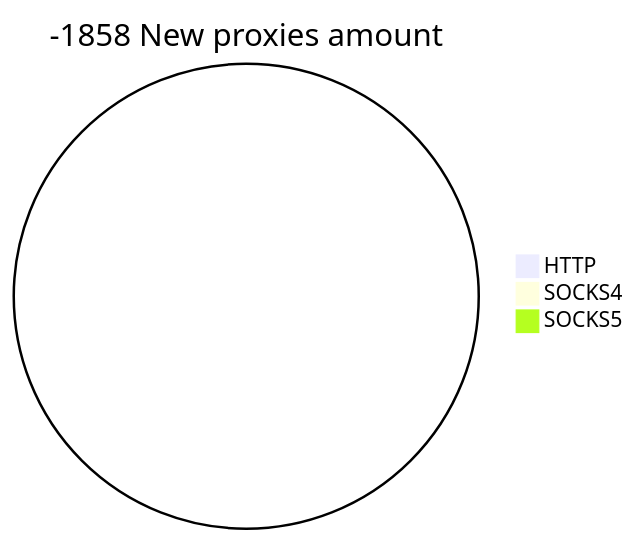
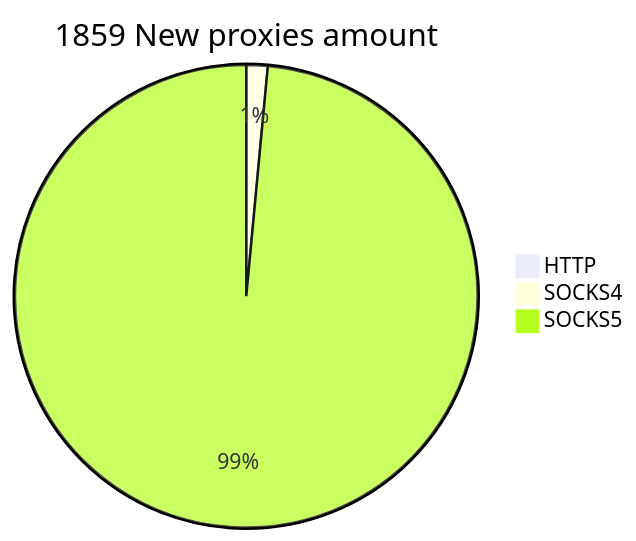
Before and after one commit to cutipu/proxylist: the second of 2 diagrams in README.md, drawn with Mermaid. The commit also changed other lines of this file, not shown here.

````diff
--- a/README.md
+++ b/README.md
@@ -10,6 +10,6 @@
 ```mermaid
-pie title -1858 New proxies amount
+pie title 1859 New proxies amount
     "HTTP" : 0
-    "SOCKS4" : 0
-    "SOCKS5" : 0
+    "SOCKS4" : 28
+    "SOCKS5" : 1852
 ```
````
